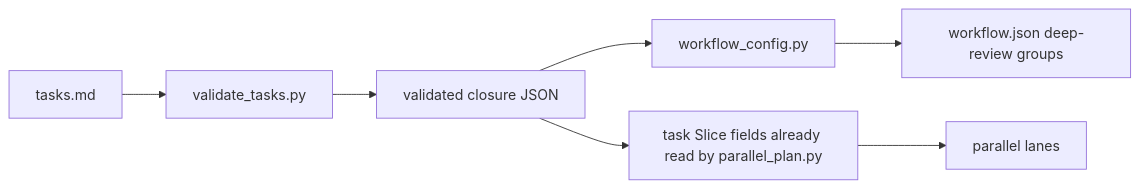
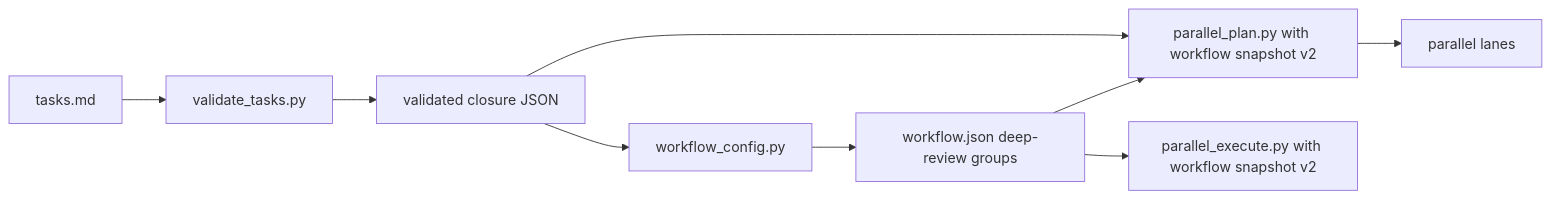
The diagram in .specs/features/merge-alone-slices/design.md (antoniofulg/my-workflow), drawn with Mermaid before and after one commit. The commit also changed other lines of this file and 5 other files, not shown here.

Commit message:
docs(spec): include workflow snapshot v2 consumers

````diff
--- a/.specs/features/merge-alone-slices/design.md
+++ b/.specs/features/merge-alone-slices/design.md
@@ -19,9 +19,11 @@
 ```mermaid
 flowchart LR
     T[tasks.md] --> V[validate_tasks.py]
     V --> C[validated closure JSON]
     C --> W[workflow_config.py]
-    C --> P[task Slice fields already read by parallel_plan.py]
+    C --> P[parallel_plan.py with workflow snapshot v2]
     W --> S[workflow.json deep-review groups]
     P --> L[parallel lanes]
+    S --> P
+    S --> E[parallel_execute.py with workflow snapshot v2]
 ```
````
